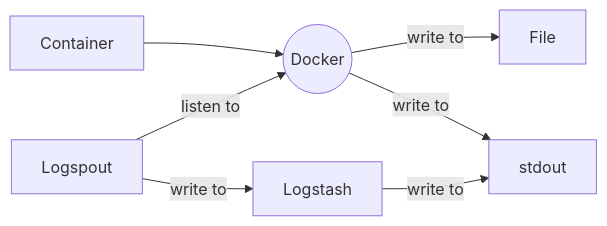
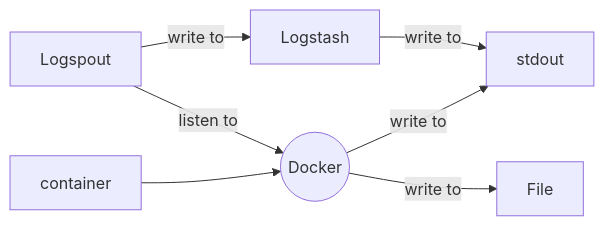
Before and after one commit to framiere/monitoring-demo: the third of 10 diagrams in README.md, drawn with Mermaid. The commit also changed other lines of this file, not shown here.

````diff
--- a/README.md
+++ b/README.md
@@ -171,9 +171,9 @@
 ```mermaid
 graph LR;
-    Container-->Docker((Docker));
-    Docker-- write to -->File;
-    Docker-- write to -->stdout;
-    Logspout-- listen to -->Docker;
-    Logspout-- write to -->Logstash;
-    Logstash-- write to -->stdout;
+    container --> Docker((Docker));
+    Docker -- write to --> stdout;
+    Docker -- write to --> File;
+    Logspout -- listen to --> Docker;
+    Logspout -- write to --> Logstash;
+    Logstash -- write to --> stdout;
 ```
````
